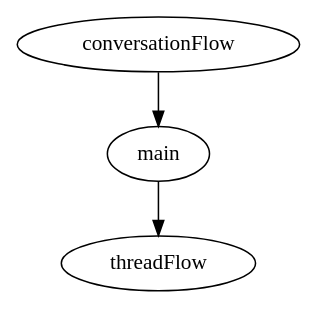
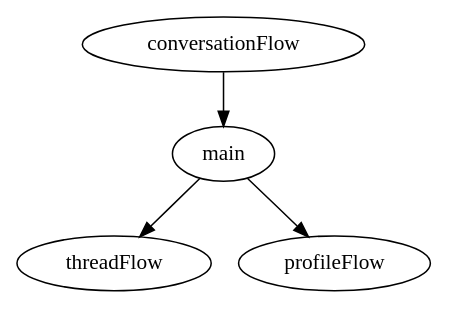
Before and after one commit to DeveloperPalmer/clarify-android: the diagram in feature/chat-conversation/routing/src/main/way/conversation_flow.dot, drawn with Graphviz. The commit also changed 54 other files, not shown here.

Commit message:
[profile] Add profile flow

```diff
--- a/feature/chat-conversation/routing/src/main/way/conversation_flow.dot
+++ b/feature/chat-conversation/routing/src/main/way/conversation_flow.dot
@@ -1,15 +1,24 @@
 digraph ConversationFlow {
   package = "ru.sla.clarify.feature.chat.conversation.routing"
 
   conversationFlow [
-    type = "flow"
+    type = "flow",
+    resultType = "ru.sla.clarify.feature.chat.conversation.routing.ConversationFlow.Result"
   ]
 
   threadFlow [
     type = "schema"
     parameterName = "id"
     parameterType = "ru.sla.clarify.feature.entity.chat.Peer.Id"
   ]
 
-  conversationFlow -> main -> threadFlow
+  profileFlow [
+    type = "schema",
+    resultType = "ru.sla.clarify.feature.profile.routing.ProfileFlow.Result"
+  ]
+
+  conversationFlow -> main
+
+  main -> threadFlow
+  main -> profileFlow
 }
```
